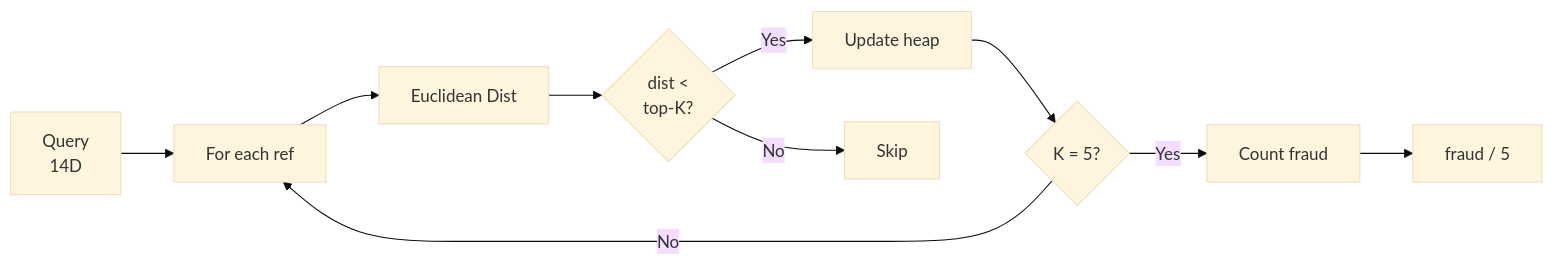
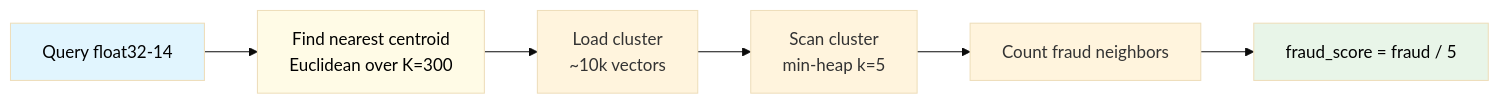
One commit to fabianoflorentino/fraudctl changed the second of 3 diagrams in docs/ARCHITECTURE.md. Above: the diagram before and after it, drawn with Mermaid (base theme). The commit also changed other lines of this file and 21 other files, not shown here.

````diff
--- a/docs/ARCHITECTURE.md
+++ b/docs/ARCHITECTURE.md
@@ -52,16 +25,12 @@
 ```mermaid
 flowchart LR
-    Q[Query<br/>14D] --> F[For each ref]
-    F --> D[Euclidean Dist]
-    D --> C{dist <<br/>top-K?}
-    C -->|Yes| U[Update heap]
-    C -->|No| N[Skip]
-    U --> E{K = 5?}
-    E -->|No| F
-    E -->|Yes| V[Count fraud]
-    V --> S["fraud / 5"]
+    Q[Query float32-14] --> C[Find nearest centroid\nEuclidean over K=300]
+    C --> CL[Load cluster\n~10k vectors]
+    CL --> S[Scan cluster\nmin-heap k=5]
+    S --> V[Count fraud neighbors]
+    V --> R[fraud_score = fraud / 5]
 
-    style Q fill:#e1f5fe color:#000000
-    style S fill:#e8f5e8 color:#000000
-    style D fill:#fffbe6 color:#000000
+    style Q fill:#e1f5fe,color:#000000
+    style R fill:#e8f5e8,color:#000000
+    style C fill:#fffbe6,color:#000000
 ```
````
